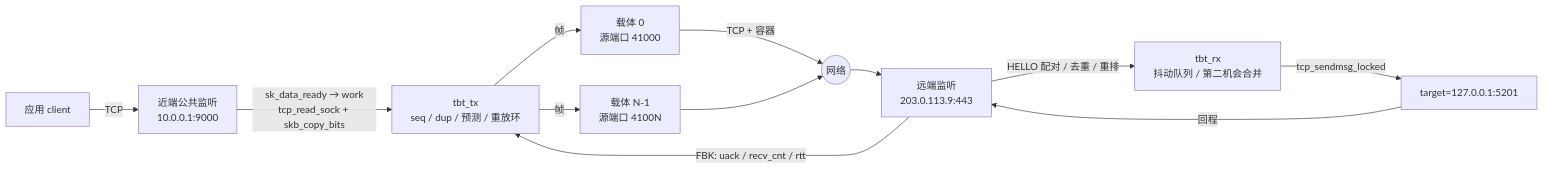
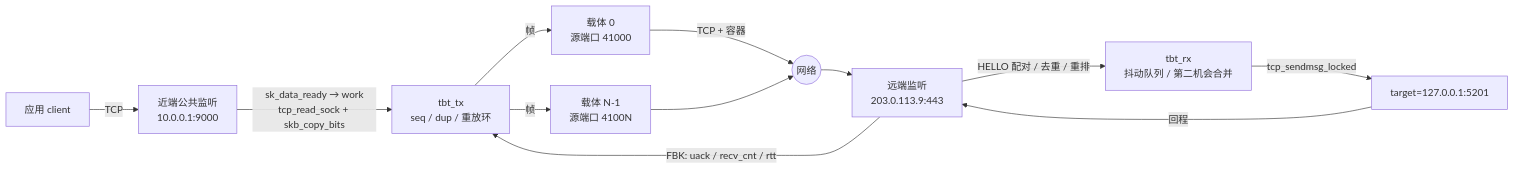
One commit to PamelaSprin47685ghall/tcp-brutal changed the diagram in 交接.md. Above: the diagram before and after it, drawn with Mermaid. The commit also changed other lines of this file and 7 other files, not shown here.

````diff
--- a/交接.md
+++ b/交接.md
@@ -164,14 +178,14 @@
 ```mermaid
 flowchart LR
   app[应用 client] -->|TCP| pub[近端公共监听<br/>10.0.0.1:9000]
-  pub -->|sk_data_ready → work<br/>tcp_read_sock + skb_copy_bits| tx[tbt_tx<br/>seq / dup / 预测 / 重放环]
+  pub -->|sk_data_ready → work<br/>tcp_read_sock + skb_copy_bits| tx[tbt_tx<br/>seq / dup / 重放环]
   tx -->|帧| car1[载体 0<br/>源端口 41000]
   tx -->|帧| carN[载体 N-1<br/>源端口 4100N]
   car1 -->|TCP + 容器| net((网络))
   carN --> net
   net --> far[远端监听<br/>203.0.113.9:443]
   far -->|HELLO 配对 / 去重 / 重排| rx[tbt_rx<br/>抖动队列 / 第二机会合并]
   rx -->|tcp_sendmsg_locked| tgt[target=127.0.0.1:5201]
   tgt -->|回程| far
   far -->|FBK: uack / recv_cnt / rtt| tx
 ```
````
